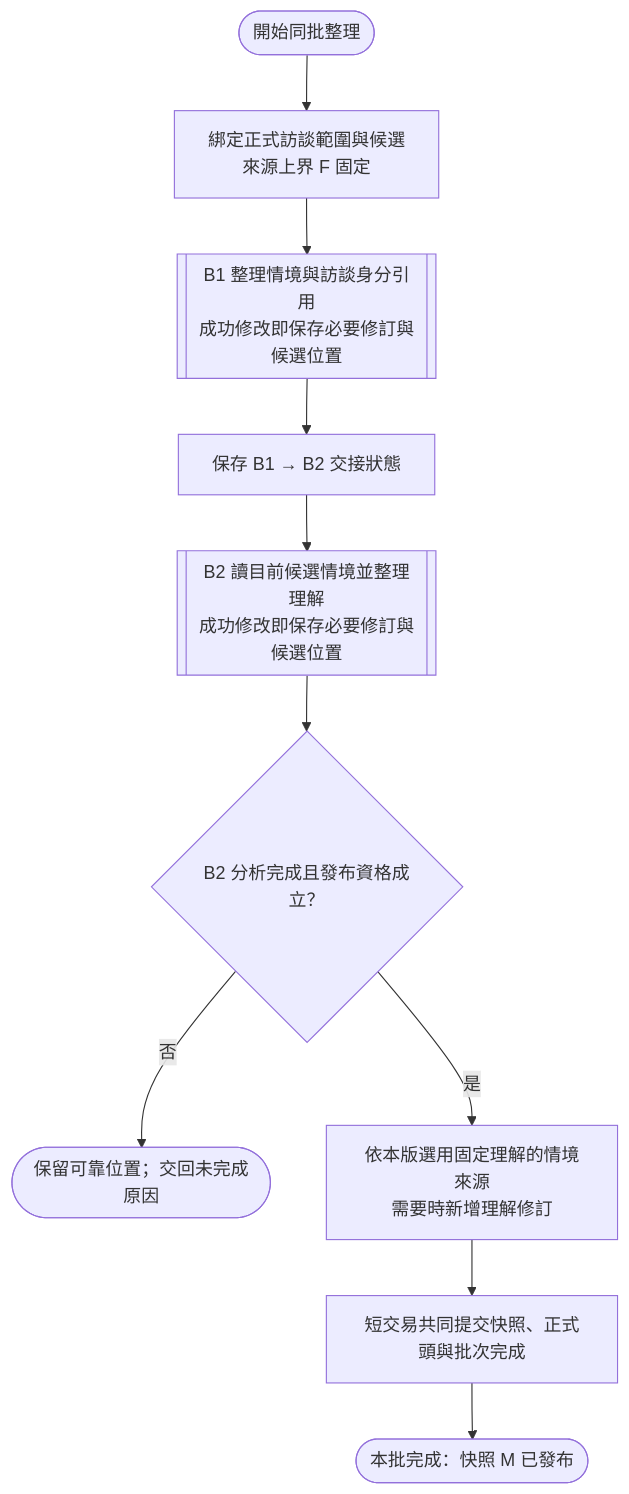
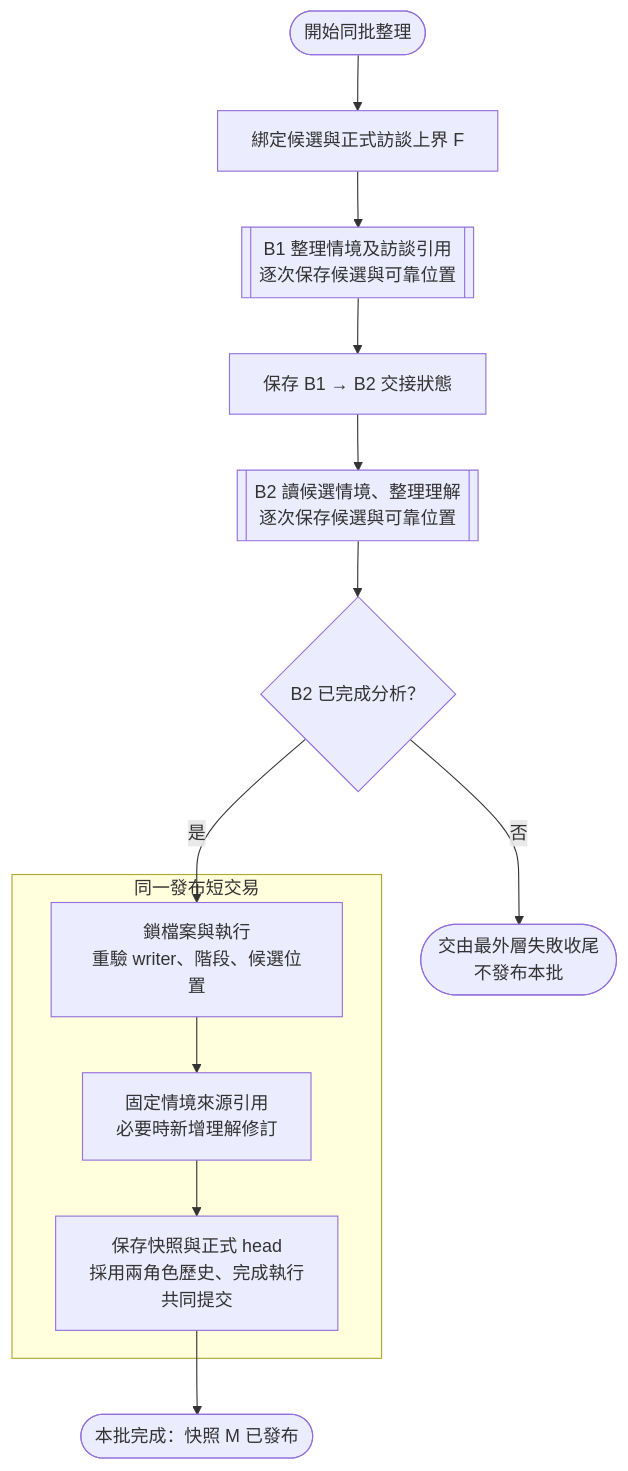
The diagram in docs/diagrams/implementation/memory-storage/batch-publication.mmd (JD-Consultant/Caliburn), drawn with Mermaid before and after one commit. The commit also changed 143 other files, not shown here.

Commit message:
docs: align architecture guides and diagrams with current implementation

```diff
--- a/docs/diagrams/implementation/memory-storage/batch-publication.mmd
+++ b/docs/diagrams/implementation/memory-storage/batch-publication.mmd
@@ -1,10 +1,15 @@
+%% title: 現行：同批 Memory 整理與原子發布
+%% legend: 基本流程；終端形為局部起訖，矩形為處理，菱形為互斥分支，雙側線框為角色子流程。
 flowchart TD
-  I([開始同批整理]) --> W[綁定正式訪談範圍與候選<br/>來源上界 F 固定]
-  W --> S[[B1 整理情境與訪談身分引用<br/>成功修改即保存必要修訂與候選位置]]
+  I([開始同批整理]) --> W[綁定候選與正式訪談上界 F]
+  W --> S[[B1 整理情境及訪談引用<br/>逐次保存候選與可靠位置]]
   S --> H[保存 B1 → B2 交接狀態]
-  H --> U[[B2 讀目前候選情境並整理理解<br/>成功修改即保存必要修訂與候選位置]]
-  U --> Q{B2 分析完成且發布資格成立？}
-  Q -->|否| X([保留可靠位置；交回未完成原因])
-  Q -->|是| F[依本版選用固定理解的情境來源<br/>需要時新增理解修訂]
-  F --> P[短交易共同提交快照、正式頭與批次完成]
+  H --> U[[B2 讀候選情境、整理理解<br/>逐次保存候選與可靠位置]]
+  U --> Q{B2 已完成分析？}
+  Q -->|否| X([交由最外層失敗收尾<br/>不發布本批])
+  Q -->|是| V
+  subgraph TX[同一發布短交易]
+    V[鎖檔案與執行<br/>重驗 writer、階段、候選位置] --> F[固定情境來源引用<br/>必要時新增理解修訂]
+    F --> P[保存快照與正式 head<br/>採用兩角色歷史、完成執行<br/>共同提交]
+  end
   P --> M([本批完成：快照 M 已發布])
```
